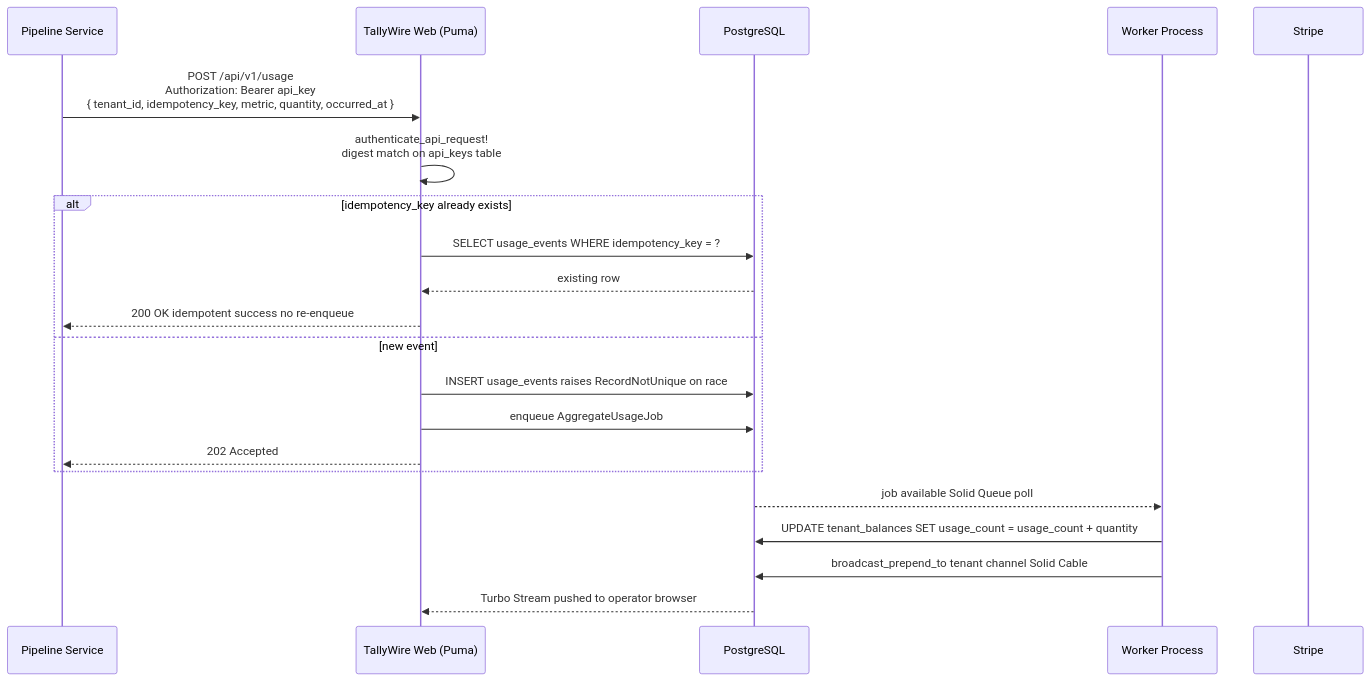
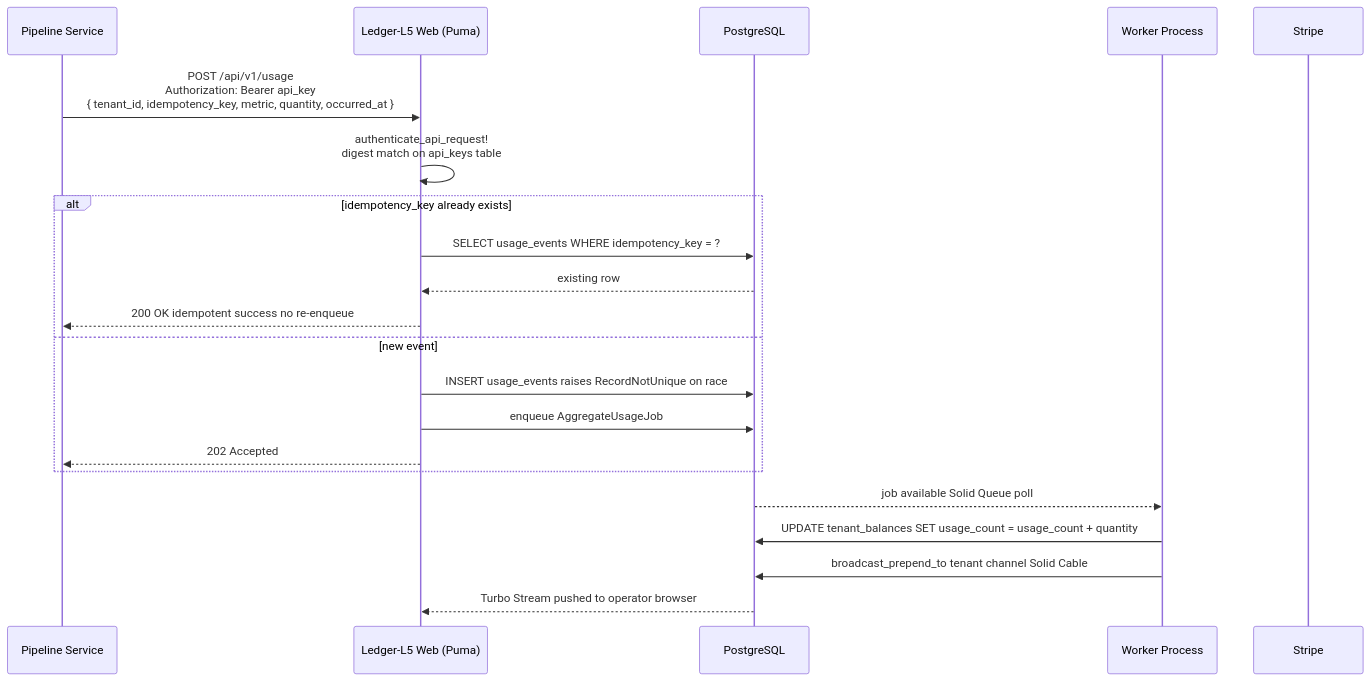
The second of 5 diagrams in docs/architecture.md (obrienma/Ledger-L5-rails), drawn with Mermaid before and after one commit. The commit also changed other lines of this file and 10 other files, not shown here.

First line of the commit message:
chore(rename): TallyWire → Ledger-L5 (Pivot)

````diff
--- a/docs/architecture.md
+++ b/docs/architecture.md
@@ -61,27 +61,27 @@
 ```mermaid
 sequenceDiagram
     participant C as Pipeline Service
-    participant W as TallyWire Web (Puma)
+    participant W as Ledger-L5 Web (Puma)
     participant DB as PostgreSQL
     participant J as Worker Process
     participant S as Stripe
 
     C->>W: POST /api/v1/usage<br/>Authorization: Bearer api_key<br/>{ tenant_id, idempotency_key, metric, quantity, occurred_at }
 
     W->>W: authenticate_api_request!<br/>digest match on api_keys table
 
     alt idempotency_key already exists
         W->>DB: SELECT usage_events WHERE idempotency_key = ?
         DB-->>W: existing row
         W-->>C: 200 OK idempotent success no re-enqueue
     else new event
         W->>DB: INSERT usage_events raises RecordNotUnique on race
         W->>DB: enqueue AggregateUsageJob
         W-->>C: 202 Accepted
     end
 
     DB-->>J: job available Solid Queue poll
     J->>DB: UPDATE tenant_balances SET usage_count = usage_count + quantity
     J->>DB: broadcast_prepend_to tenant channel Solid Cable
     DB-->>W: Turbo Stream pushed to operator browser
 ```
````
